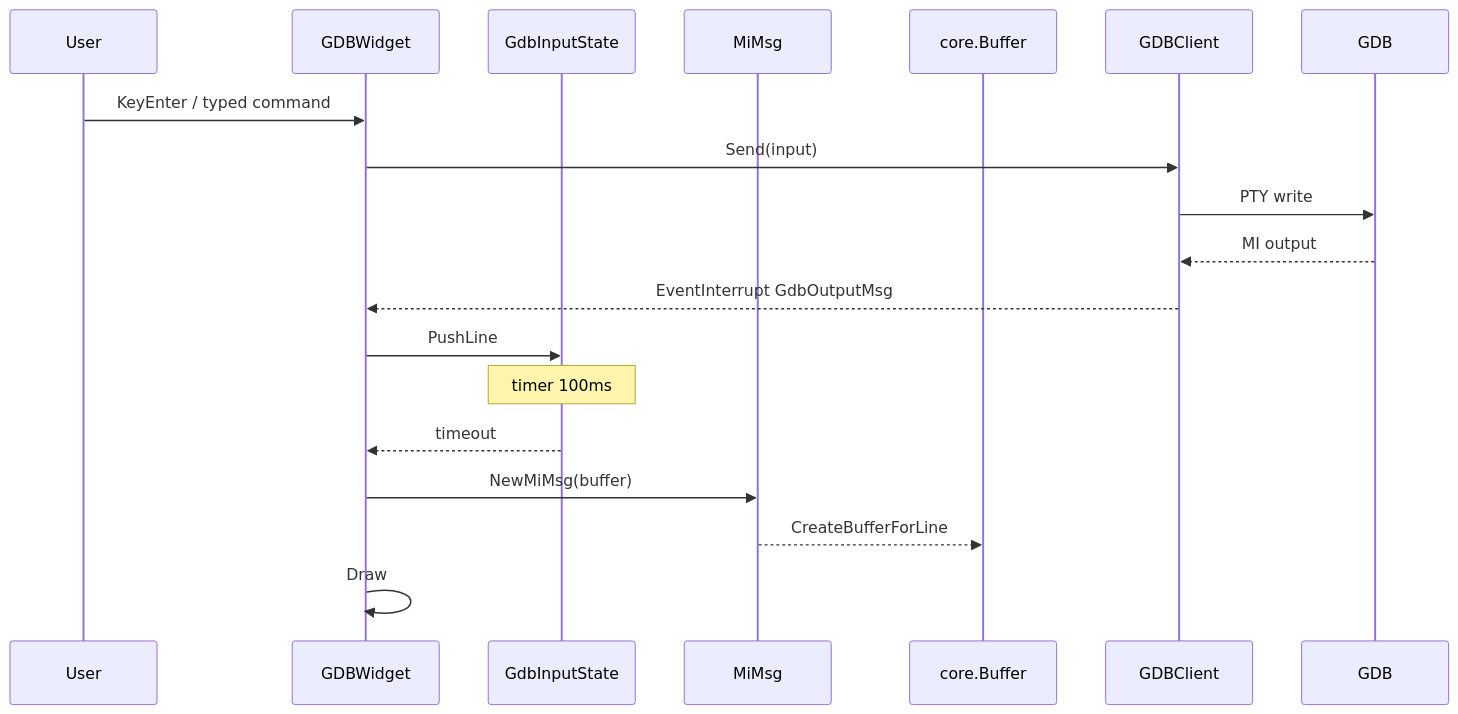
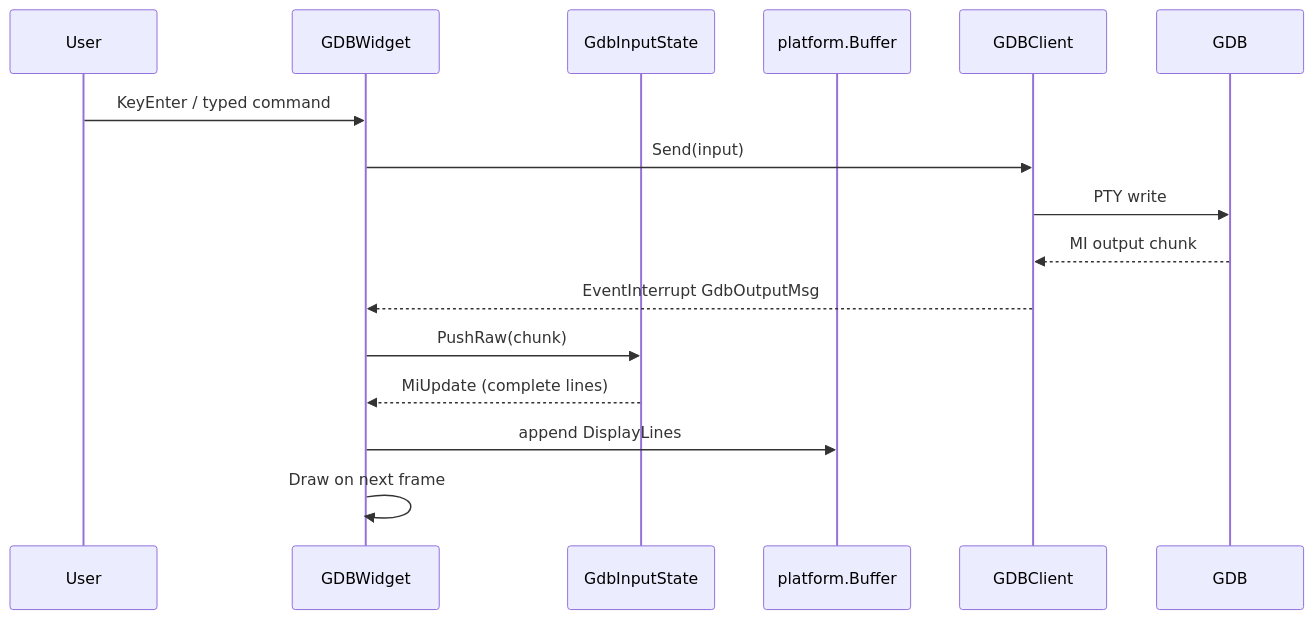
One commit to yairgd/gdbforge changed the second of 3 diagrams in docs/DEBUGGER_INTEGRATION.md. Above: the diagram before and after it, drawn with Mermaid. The commit also changed other lines of this file and 8 other files, not shown here.

````diff
--- a/docs/DEBUGGER_INTEGRATION.md
+++ b/docs/DEBUGGER_INTEGRATION.md
@@ -190,22 +199,19 @@
 ```mermaid
 sequenceDiagram
     participant User
     participant Widget as GDBWidget
     participant State as GdbInputState
-    participant MI as MiMsg
-    participant Buf as core.Buffer
+    participant Buf as platform.Buffer
     participant Client as GDBClient
     participant GDB as GDB
 
     User->>Widget: KeyEnter / typed command
     Widget->>Client: Send(input)
     Client->>GDB: PTY write
-    GDB-->>Client: MI output
+    GDB-->>Client: MI output chunk
     Client-->>Widget: EventInterrupt GdbOutputMsg
-    Widget->>State: PushLine
-    Note over State: timer 100ms
-    State-->>Widget: timeout
-    Widget->>MI: NewMiMsg(buffer)
-    MI-->>Buf: CreateBufferForLine
-    Widget->>Widget: Draw
+    Widget->>State: PushRaw(chunk)
+    State-->>Widget: MiUpdate (complete lines)
+    Widget->>Buf: append DisplayLines
+    Widget->>Widget: Draw on next frame
 ```
````
